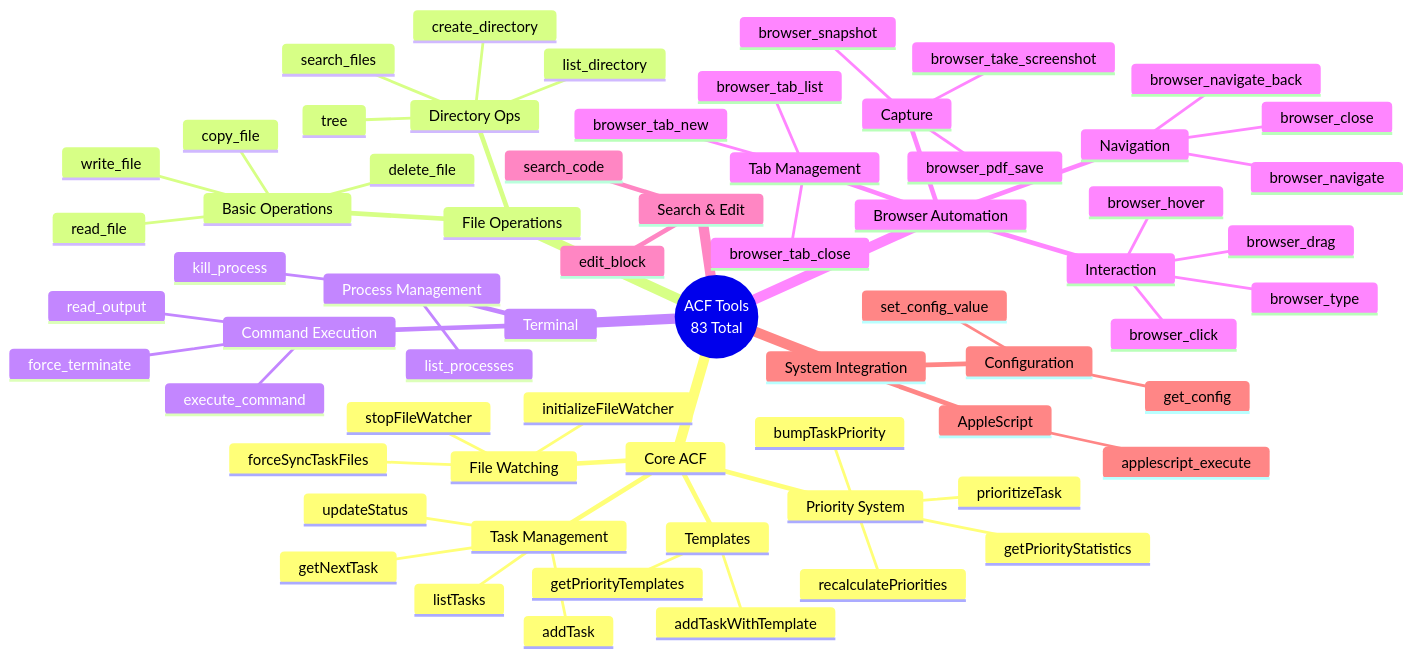
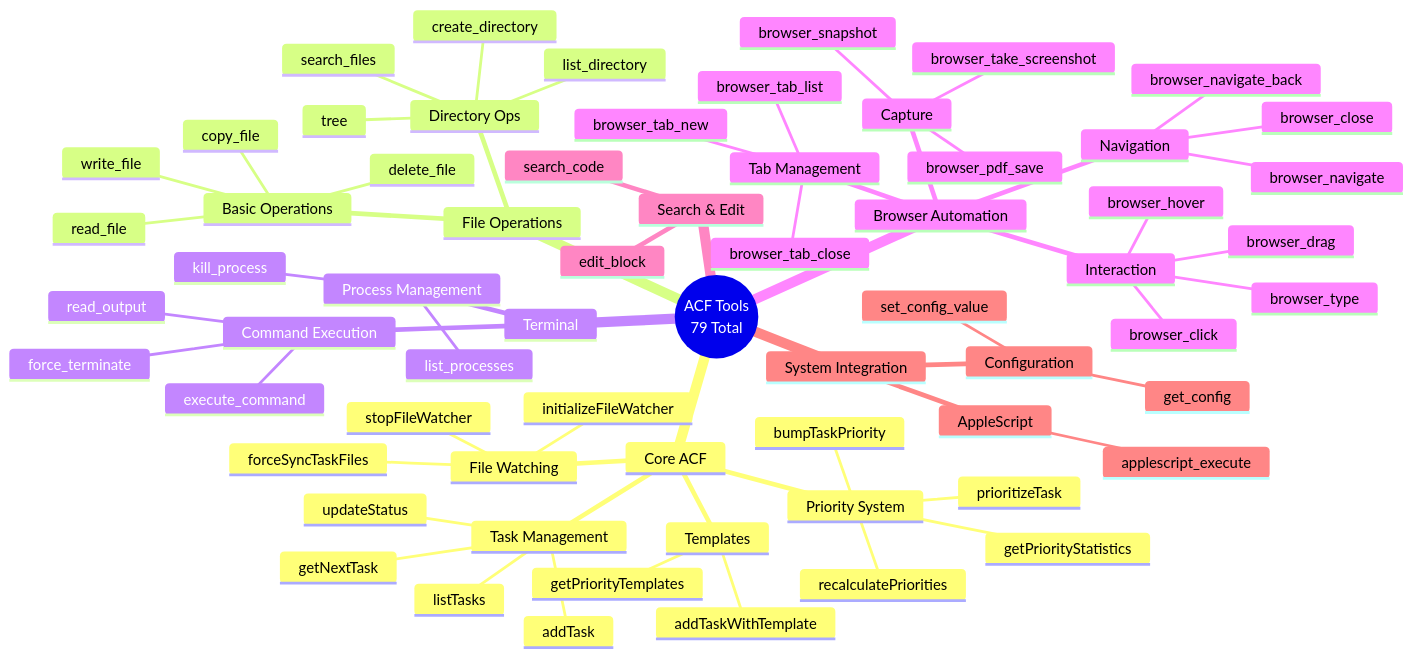
One commit to FutureAtoms/agentic-control-framework changed the second of 4 diagrams in README.md. Above: the diagram before and after it, drawn with Mermaid. The commit also changed other lines of this file and 3 other files, not shown here.

````diff
--- a/README.md
+++ b/README.md
@@ -105,68 +104,68 @@
 ```mermaid
 mindmap
-  root((ACF Tools<br/>83 Total))
+  root((ACF Tools<br/>79 Total))
     Core ACF
       Task Management
         listTasks
         addTask
         updateStatus
         getNextTask
       Priority System
         recalculatePriorities
         getPriorityStatistics
         bumpTaskPriority
         prioritizeTask
       File Watching
         initializeFileWatcher
         stopFileWatcher
         forceSyncTaskFiles
       Templates
         getPriorityTemplates
         addTaskWithTemplate
     File Operations
       Basic Operations
         read_file
         write_file
         copy_file
         delete_file
       Directory Ops
         list_directory
         create_directory
         tree
         search_files
     Terminal
       Command Execution
         execute_command
         read_output
         force_terminate
       Process Management
         list_processes
         kill_process
     Browser Automation
       Navigation
         browser_navigate
         browser_navigate_back
         browser_close
       Interaction
         browser_click
         browser_type
         browser_hover
         browser_drag
       Capture
         browser_take_screenshot
         browser_pdf_save
         browser_snapshot
       Tab Management
         browser_tab_list
         browser_tab_new
         browser_tab_close
     Search & Edit
       search_code
       edit_block
     System Integration
       AppleScript
         applescript_execute
       Configuration
         get_config
         set_config_value
 ```
````
